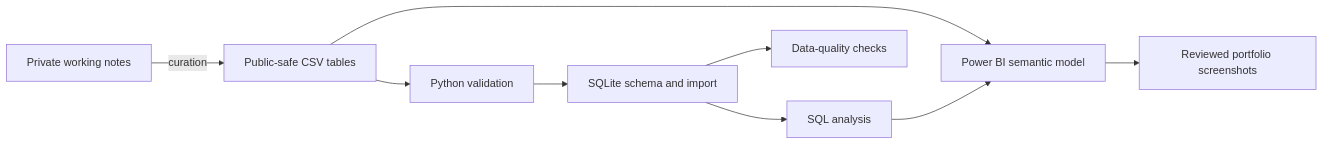
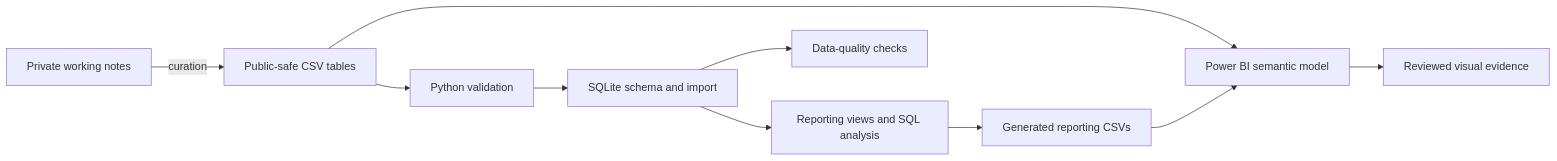
The diagram in README.md (DataTideHH/music-production-data-lab), drawn with Mermaid before and after one commit. The commit also changed other lines of this file and 30 other files, not shown here.

First line of the commit message:
Expand analytics and Power BI evidence

````diff
--- a/README.md
+++ b/README.md
@@ -44,11 +57,12 @@
 ```mermaid
 flowchart LR
     A[Private working notes] -->|curation| B[Public-safe CSV tables]
     B --> C[Python validation]
     C --> D[SQLite schema and import]
-    D --> E[SQL analysis]
+    D --> E[Reporting views and SQL analysis]
     D --> F[Data-quality checks]
-    B --> G[Power BI semantic model]
-    E --> G
-    G --> H[Reviewed portfolio screenshots]
+    E --> G[Generated reporting CSVs]
+    B --> H[Power BI semantic model]
+    G --> H
+    H --> I[Reviewed visual evidence]
 ```
````
